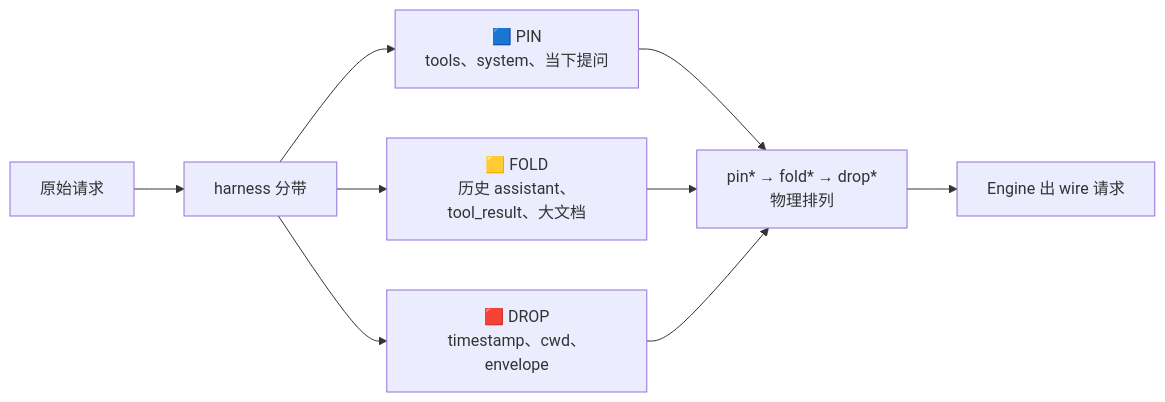
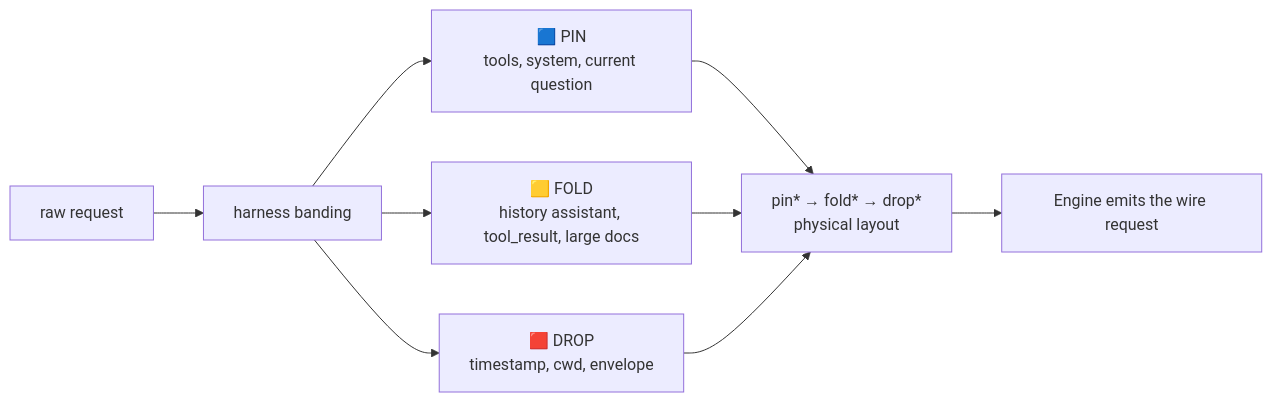
The first of 8 diagrams in docs/playbook.md (telos-pro/telos-sdk), drawn with Mermaid before and after one commit. The commit also changed other lines of this file and 93 other files, not shown here.

````diff
--- a/docs/playbook.md
+++ b/docs/playbook.md
@@ -104,11 +104,11 @@
 ```mermaid
 flowchart LR
-  R[原始请求] --> H[harness 分带]
-  H --> P["🟦 PIN<br/>tools、system、当下提问"]
-  H --> F["🟨 FOLD<br/>历史 assistant、tool_result、大文档"]
-  H --> D["🟥 DROP<br/>timestamp、cwd、envelope"]
-  P --> O[pin* → fold* → drop*<br/>物理排列]
+  R[raw request] --> H[harness banding]
+  H --> P["🟦 PIN<br/>tools, system, current question"]
+  H --> F["🟨 FOLD<br/>history assistant, tool_result, large docs"]
+  H --> D["🟥 DROP<br/>timestamp, cwd, envelope"]
+  P --> O[pin* → fold* → drop*<br/>physical layout]
   F --> O
   D --> O
-  O --> E[Engine 出 wire 请求]
+  O --> E[Engine emits the wire request]
 ```
````
